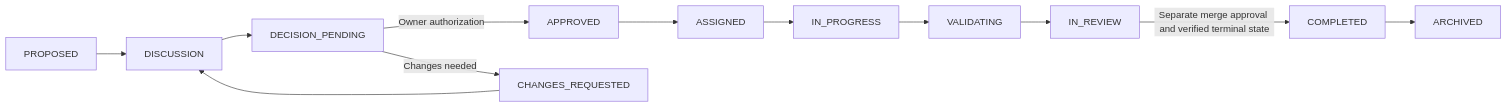
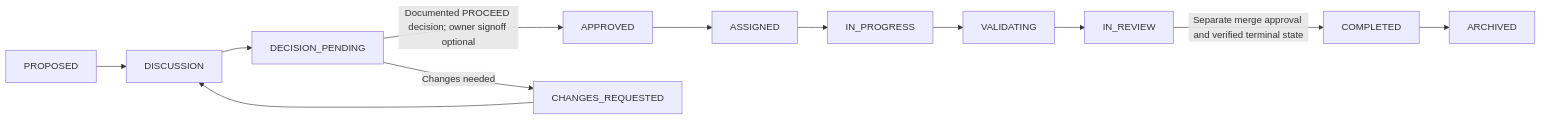
One commit to im-tnyx/Tio-Money changed the diagram in .ai/tasks/README.md. Above: the diagram before and after it, drawn with Mermaid. The commit also changed other lines of this file and 6 other files, not shown here.

Commit message:
docs: make implementation signoff optional and owner merge approval mandatory

````diff
--- a/.ai/tasks/README.md
+++ b/.ai/tasks/README.md
@@ -11,14 +11,14 @@
 ```mermaid
 flowchart LR
   P["PROPOSED"] --> D["DISCUSSION"]
   D --> Q["DECISION_PENDING"]
-  Q -->|Owner authorization| A["APPROVED"]
+  Q -->|Documented PROCEED decision; owner signoff optional| A["APPROVED"]
   A --> S["ASSIGNED"]
   S --> I["IN_PROGRESS"]
   I --> V["VALIDATING"]
   V --> R["IN_REVIEW"]
   R -->|Separate merge approval and verified terminal state| C["COMPLETED"]
   C --> H["ARCHIVED"]
   Q -->|Changes needed| X["CHANGES_REQUESTED"]
   X --> D
 ```
````
